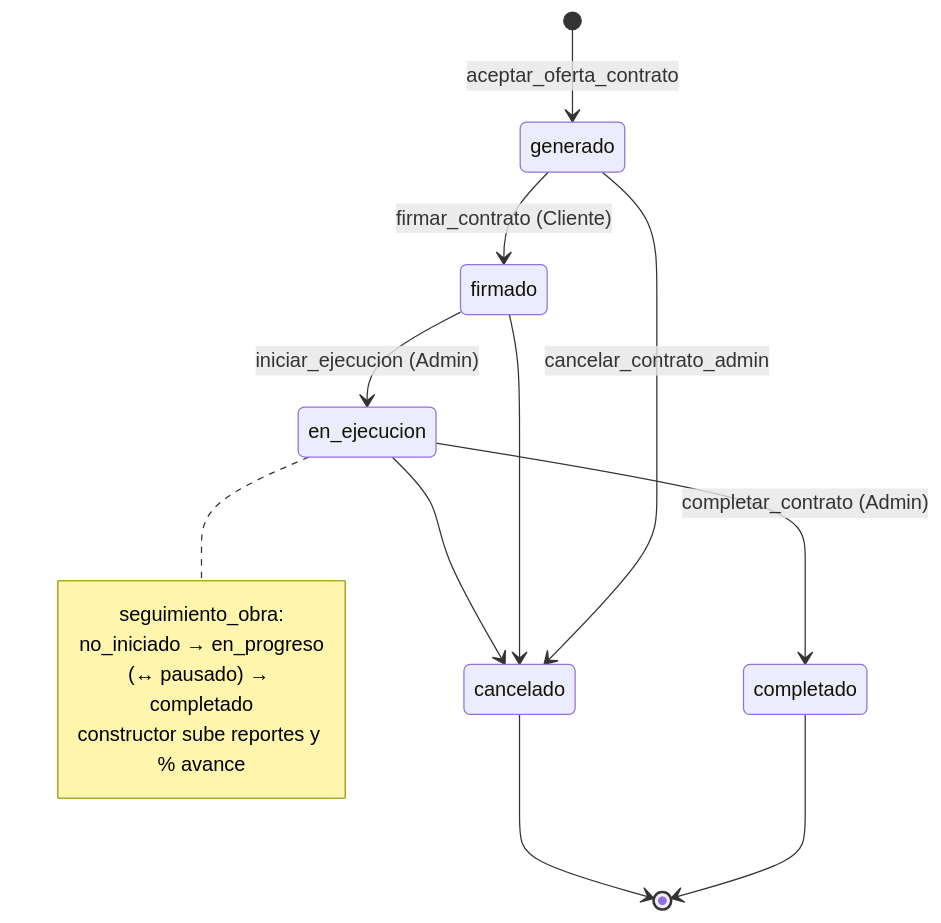
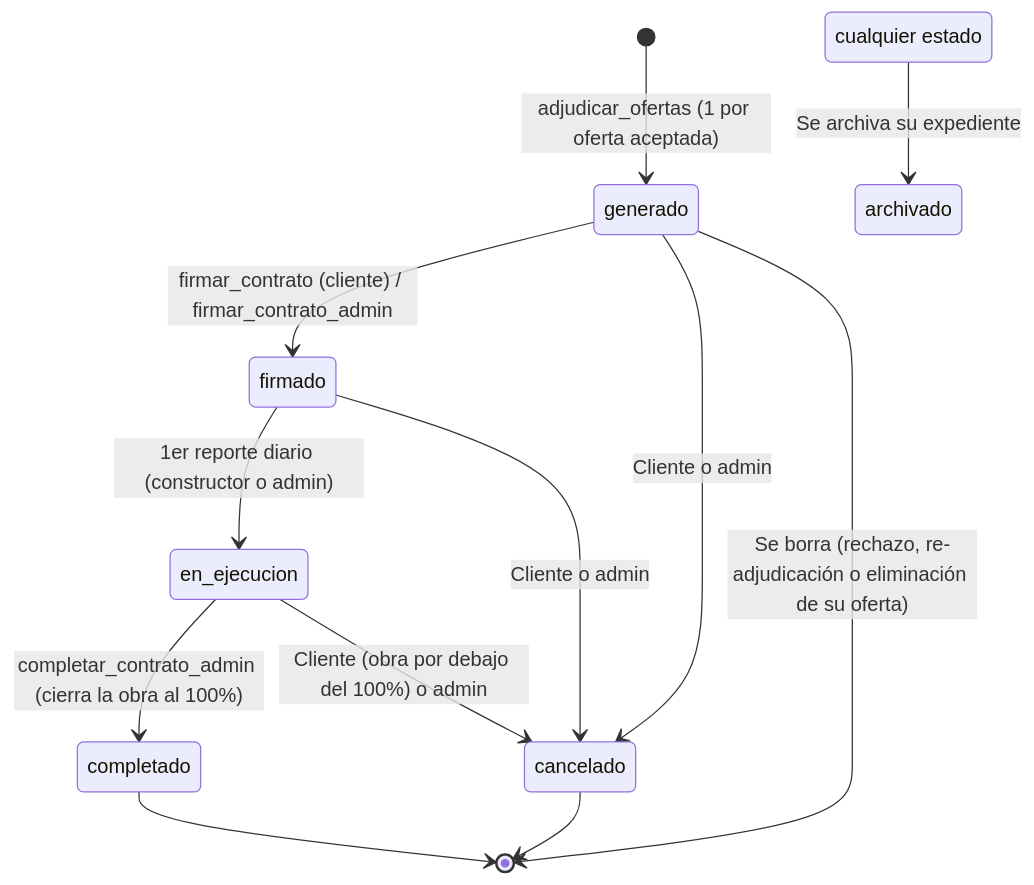
Before and after one commit to mynhar/Estimation3D: the fourth of 5 diagrams in docs/FLUJO_PROCESO.md, drawn with Mermaid. The commit also changed other lines of this file and 121 other files, not shown here.

````diff
--- a/docs/FLUJO_PROCESO.md
+++ b/docs/FLUJO_PROCESO.md
@@ -92,20 +188,18 @@
 ```mermaid
 stateDiagram-v2
-    [*] --> generado: aceptar_oferta_contrato
-    generado --> firmado: firmar_contrato (Cliente)
-    firmado --> en_ejecucion: iniciar_ejecucion (Admin)
-    en_ejecucion --> completado: completar_contrato (Admin)
+    [*] --> generado: adjudicar_ofertas (1 por oferta aceptada)
+    generado --> firmado: firmar_contrato (cliente) / firmar_contrato_admin
+    firmado --> en_ejecucion: 1er reporte diario (constructor o admin)
+    en_ejecucion --> completado: completar_contrato_admin (cierra la obra al 100%)
     completado --> [*]
 
-    generado --> cancelado: cancelar_contrato_admin
-    firmado --> cancelado
-    en_ejecucion --> cancelado
+    generado --> cancelado: Cliente o admin
+    firmado --> cancelado: Cliente o admin
+    en_ejecucion --> cancelado: Cliente (obra por debajo del 100%) o admin
     cancelado --> [*]
 
-    note right of en_ejecucion
-        seguimiento_obra:
-        no_iniciado → en_progreso
-        (↔ pausado) → completado
-        constructor sube reportes y % avance
-    end note
+    generado --> [*]: Se borra (rechazo, re-adjudicación o eliminación de su oferta)
+
+    state "cualquier estado" as ct_cualquiera
+    ct_cualquiera --> archivado: Se archiva su expediente
 ```
````
